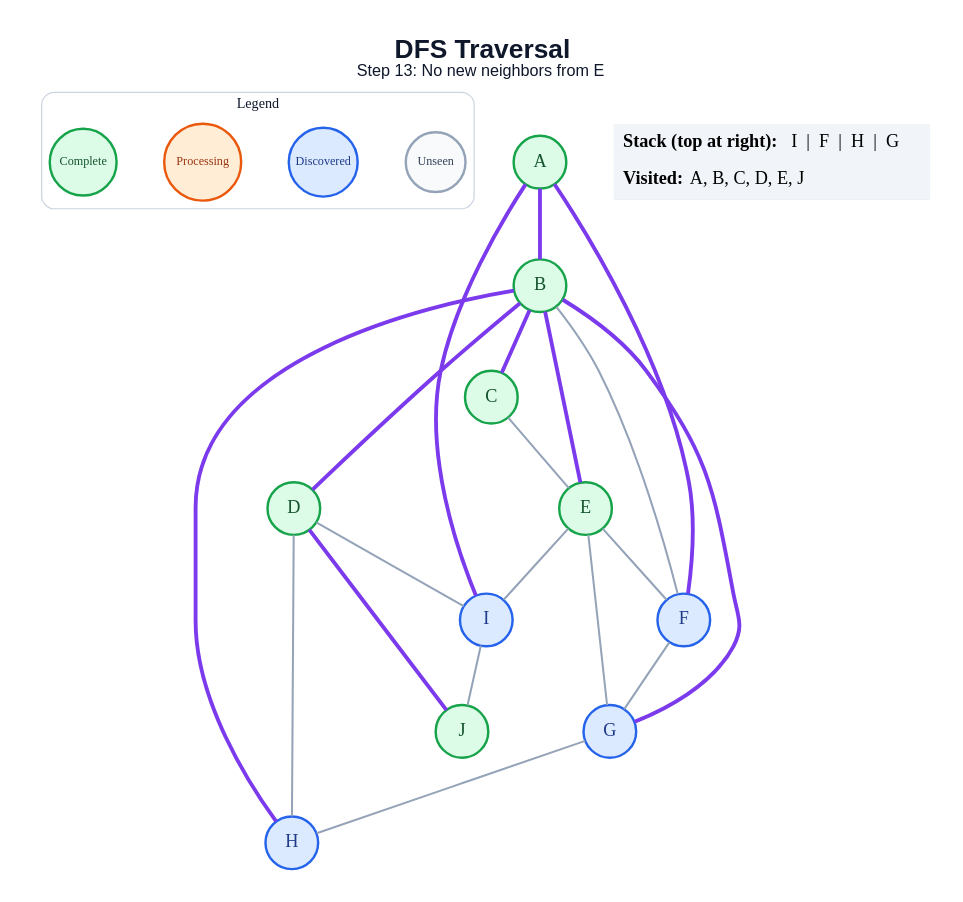
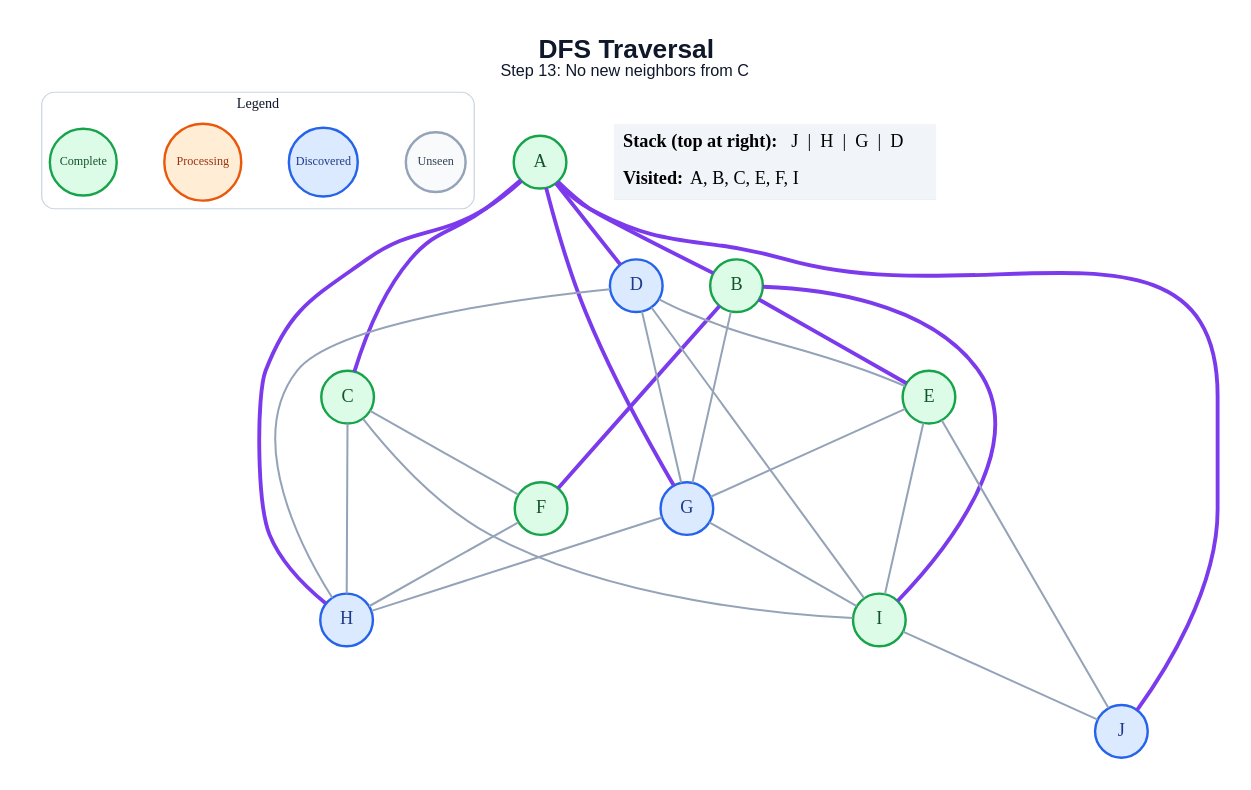
Before and after one commit to amanghodawala9/ai-slop: the diagram in generated/dfs/step_13.dot, drawn with Graphviz. The commit also changed 178 other files, not shown here.

```diff
--- a/generated/dfs/step_13.dot
+++ b/generated/dfs/step_13.dot
@@ -1,48 +1,53 @@
 graph traversal {
   graph [layout=dot, rankdir=TB, bgcolor="#FFFFFF", pad="0.35", nodesep="0.65", ranksep="0.8", fontname="Arial"];
   node [shape=circle, style="filled", fontname="Arial Bold", fontsize=18, width=0.72, fixedsize=true, penwidth=2.4];
   edge [color="#94A3B8", penwidth=2.0];
-  label=<<B>DFS Traversal</B><BR/><FONT POINT-SIZE="16">Step 13: No new neighbors from E</FONT>>; labelloc="t"; fontsize=26; fontname="Arial"; fontcolor="#0F172A";
+  label=<<B>DFS Traversal</B><BR/><FONT POINT-SIZE="16">Step 13: No new neighbors from C</FONT>>; labelloc="t"; fontsize=26; fontname="Arial"; fontcolor="#0F172A";
   subgraph cluster_legend { label="Legend"; color="#CBD5E1"; penwidth=1.2; style="rounded"; fontsize=14; fontname="Arial Bold";
     key_unseen [label="Unseen", fillcolor="#F8FAFC", color="#94A3B8", fontcolor="#334155", fontsize=12, width=0.82];
     key_frontier [label="Discovered", fillcolor="#DBEAFE", color="#2563EB", fontcolor="#1E3A8A", fontsize=12, width=0.95];
     key_current [label="Processing", fillcolor="#FFEDD5", color="#EA580C", fontcolor="#9A3412", fontsize=12, width=1.05];
     key_done [label="Complete", fillcolor="#DCFCE7", color="#16A34A", fontcolor="#14532D", fontsize=12, width=0.92];
     { rank=same; key_unseen; key_frontier; key_current; key_done; }
   }
   A [fillcolor="#DCFCE7", color="#16A34A", fontcolor="#14532D"];
   B [fillcolor="#DCFCE7", color="#16A34A", fontcolor="#14532D"];
   C [fillcolor="#DCFCE7", color="#16A34A", fontcolor="#14532D"];
-  D [fillcolor="#DCFCE7", color="#16A34A", fontcolor="#14532D"];
+  D [fillcolor="#DBEAFE", color="#2563EB", fontcolor="#1E3A8A"];
   E [fillcolor="#DCFCE7", color="#16A34A", fontcolor="#14532D"];
-  F [fillcolor="#DBEAFE", color="#2563EB", fontcolor="#1E3A8A"];
+  F [fillcolor="#DCFCE7", color="#16A34A", fontcolor="#14532D"];
   G [fillcolor="#DBEAFE", color="#2563EB", fontcolor="#1E3A8A"];
   H [fillcolor="#DBEAFE", color="#2563EB", fontcolor="#1E3A8A"];
-  I [fillcolor="#DBEAFE", color="#2563EB", fontcolor="#1E3A8A"];
-  J [fillcolor="#DCFCE7", color="#16A34A", fontcolor="#14532D"];
+  I [fillcolor="#DCFCE7", color="#16A34A", fontcolor="#14532D"];
+  J [fillcolor="#DBEAFE", color="#2563EB", fontcolor="#1E3A8A"];
   A -- B [color="#7C3AED", penwidth=3.8];
-  A -- F [color="#7C3AED", penwidth=3.8];
-  A -- I [color="#7C3AED", penwidth=3.8];
-  B -- C [color="#7C3AED", penwidth=3.8];
-  B -- D [color="#7C3AED", penwidth=3.8];
+  A -- C [color="#7C3AED", penwidth=3.8];
+  A -- D [color="#7C3AED", penwidth=3.8];
+  A -- G [color="#7C3AED", penwidth=3.8];
+  A -- H [color="#7C3AED", penwidth=3.8];
+  A -- J [color="#7C3AED", penwidth=3.8];
   B -- E [color="#7C3AED", penwidth=3.8];
-  B -- F;
-  B -- G [color="#7C3AED", penwidth=3.8];
-  B -- H [color="#7C3AED", penwidth=3.8];
-  C -- E;
+  B -- F [color="#7C3AED", penwidth=3.8];
+  B -- G;
+  B -- I [color="#7C3AED", penwidth=3.8];
+  C -- F;
+  C -- H;
+  C -- I;
+  D -- E;
+  D -- G;
   D -- H;
   D -- I;
-  D -- J [color="#7C3AED", penwidth=3.8];
-  E -- F;
   E -- G;
   E -- I;
-  F -- G;
+  E -- J;
+  F -- H;
   G -- H;
+  G -- I;
   I -- J;
   status [shape=plain, fixedsize=false, width=0, height=0, margin=0, label=<
     <TABLE BORDER="0" CELLBORDER="0" CELLPADDING="7" BGCOLOR="#F1F5F9">
-      <TR><TD ALIGN="LEFT"><B>Stack (top at right):</B> I  |  F  |  H  |  G</TD></TR>
-      <TR><TD ALIGN="LEFT"><B>Visited:</B> A, B, C, D, E, J</TD></TR>
+      <TR><TD ALIGN="LEFT"><B>Stack (top at right):</B> J  |  H  |  G  |  D</TD></TR>
+      <TR><TD ALIGN="LEFT"><B>Visited:</B> A, B, C, E, F, I</TD></TR>
     </TABLE>
   >];
 }
```
